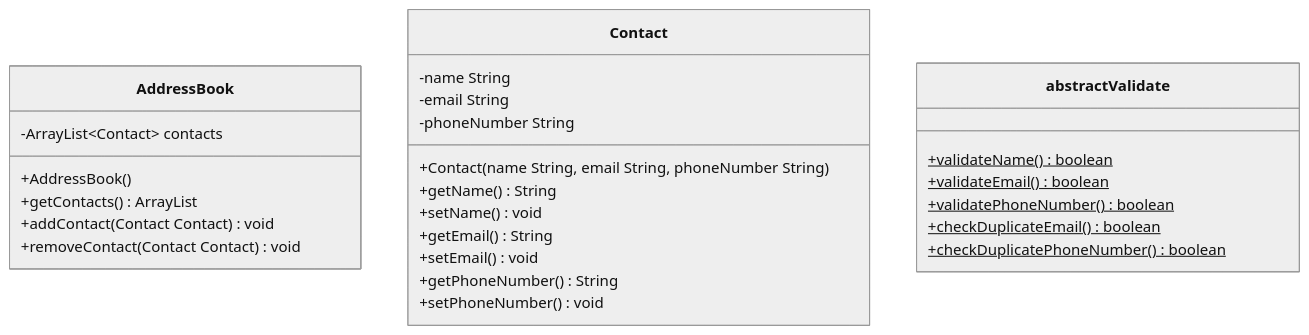
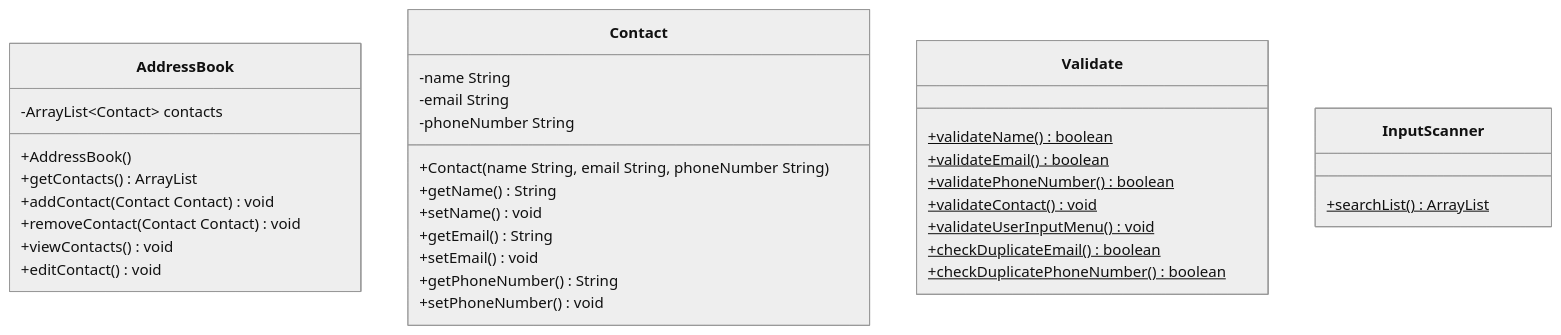
The diagram in docs/domain-models-test-plan.md (iamnickko/java-addressBook), drawn with Mermaid (neutral theme) before and after one commit. The commit also changed 9 other files, not shown here.

Commit message:
feat: added to client-brief. added kanban board and userStories and test plan proof. added to class-diagrams. added commented note in App.java

````diff
--- a/docs/domain-models-test-plan.md
+++ b/docs/domain-models-test-plan.md
@@ -3,29 +3,37 @@
 ```mermaid
 classDiagram
     class AddressBook {
         -ArrayList~Contact~ contacts
         +AddressBook()
         +getContacts() ArrayList<Contact>
         +addContact(Contact Contact) void
         +removeContact(Contact Contact) void
+        +viewContacts() void
+        +editContact() void
     }
     class Contact {
         -name String
         -email String
         -phoneNumber String
         +Contact(name String, email String, phoneNumber String)
         +getName() String
         +setName() void
         +getEmail() String
         +setEmail() void
         +getPhoneNumber() String
         +setPhoneNumber() void
     }
-    class abstract Validate {
+    class Validate {
         +validateName()$ boolean
         +validateEmail()$ boolean
         +validatePhoneNumber()$ boolean
+        +validateContact()$ void
+        +validateUserInputMenu()$ void
         +checkDuplicateEmail()$ boolean
         +checkDuplicatePhoneNumber()$ boolean
     }
+    class InputScanner {
+        +searchList()$ ArrayList<Contact>
+        
+    }
 ```
````
